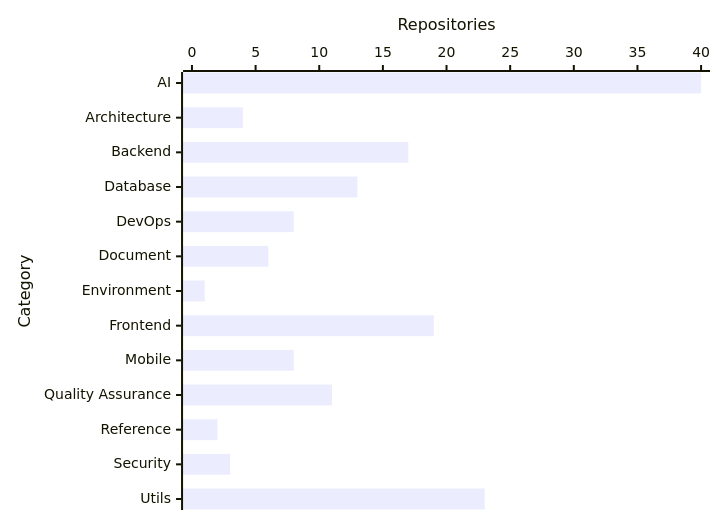
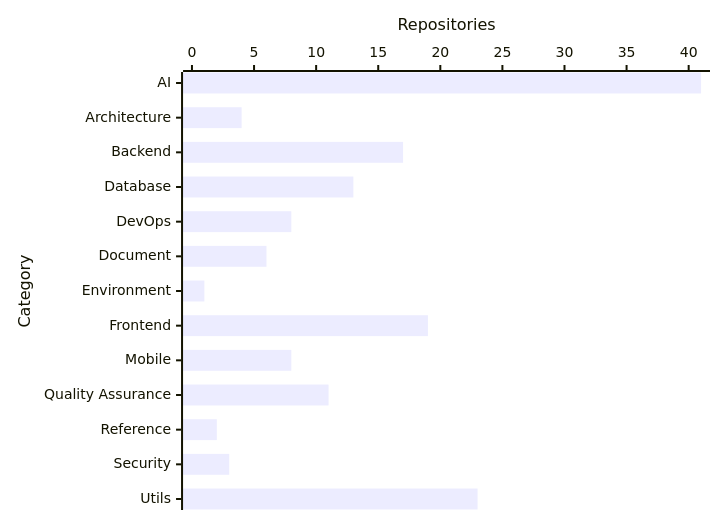
The diagram in README.md (prawee/resource), drawn with Mermaid before and after one commit. The commit also changed other lines of this file, not shown here.

````diff
--- a/README.md
+++ b/README.md
@@ -11,6 +11,6 @@
 ```mermaid
 xychart-beta horizontal
     x-axis "Category" ["AI", "Architecture", "Backend", "Database", "DevOps", "Document", "Environment", "Frontend", "Mobile", "Quality Assurance", "Reference", "Security", "Utils"]
-    y-axis "Repositories" 0 --> 40
-    bar [40, 4, 17, 13, 8, 6, 1, 19, 8, 11, 2, 3, 23]
+    y-axis "Repositories" 0 --> 41
+    bar [41, 4, 17, 13, 8, 6, 1, 19, 8, 11, 2, 3, 23]
 ```
````
